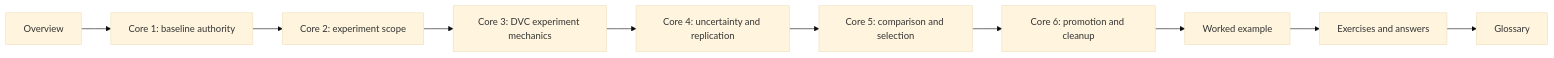
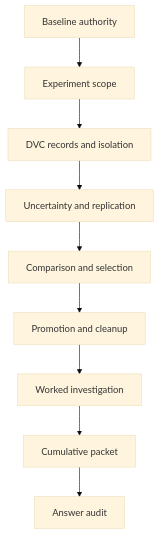
The third of 3 diagrams in programs/reproducible-research/deep-dive-dvc/course-book/module-06-experiments-baselines-controlled-change/index.md (bijux/bijux-masterclass), drawn with Mermaid (base theme) before and after one commit. The commit also changed other lines of this file, not shown here.

Commit message:
docs(dvc): orient uncertainty-aware experiment study

````diff
--- a/programs/reproducible-research/deep-dive-dvc/course-book/module-06-experiments-baselines-controlled-change/index.md
+++ b/programs/reproducible-research/deep-dive-dvc/course-book/module-06-experiments-baselines-controlled-change/index.md
@@ -76,12 +78,11 @@
 ```mermaid
-flowchart LR
-  overview["Overview"] --> core1["Core 1: baseline authority"]
-  core1 --> core2["Core 2: experiment scope"]
-  core2 --> core3["Core 3: DVC experiment mechanics"]
-  core3 --> core4["Core 4: uncertainty and replication"]
-  core4 --> core5["Core 5: comparison and selection"]
-  core5 --> core6["Core 6: promotion and cleanup"]
-  core6 --> example["Worked example"]
-  example --> practice["Exercises and answers"]
-  practice --> glossary["Glossary"]
+flowchart TD
+  authority["Baseline authority"] --> scope["Experiment scope"]
+  scope --> records["DVC records and isolation"]
+  records --> uncertainty["Uncertainty and replication"]
+  uncertainty --> selection["Comparison and selection"]
+  selection --> promotion["Promotion and cleanup"]
+  promotion --> investigation["Worked investigation"]
+  investigation --> exercises["Cumulative packet"]
+  exercises --> answers["Answer audit"]
 ```
````
